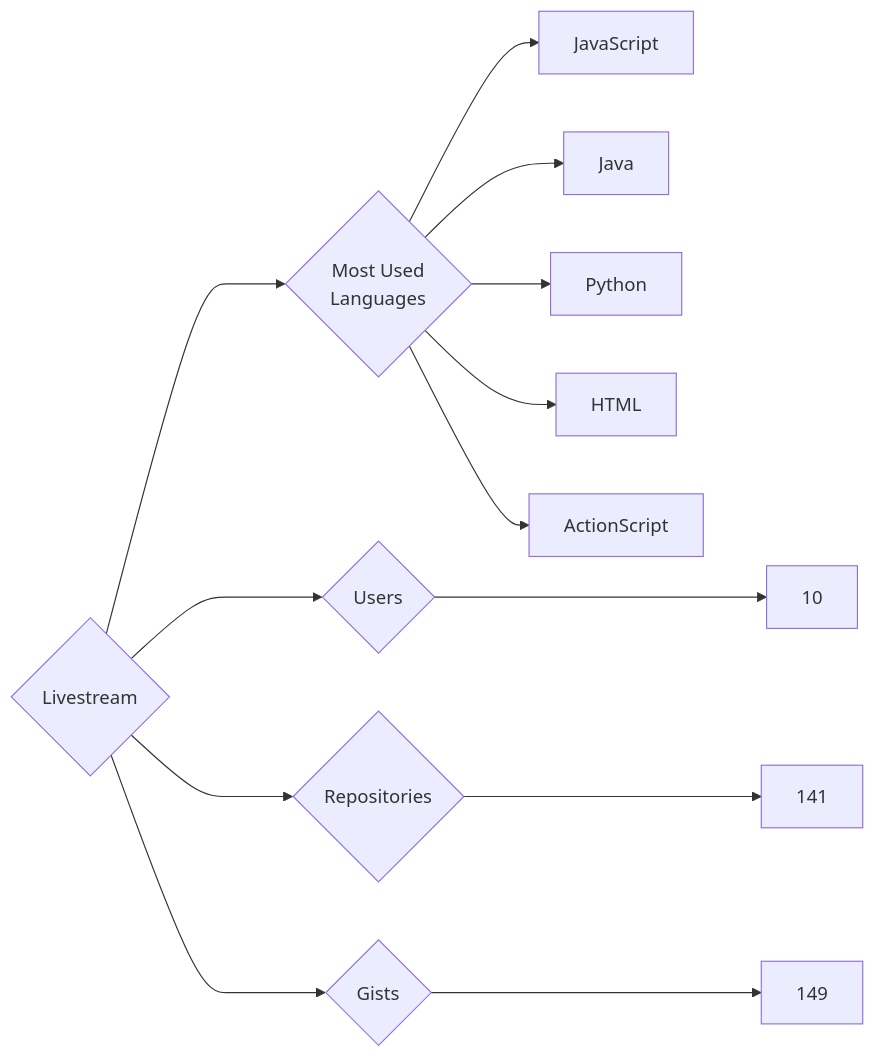
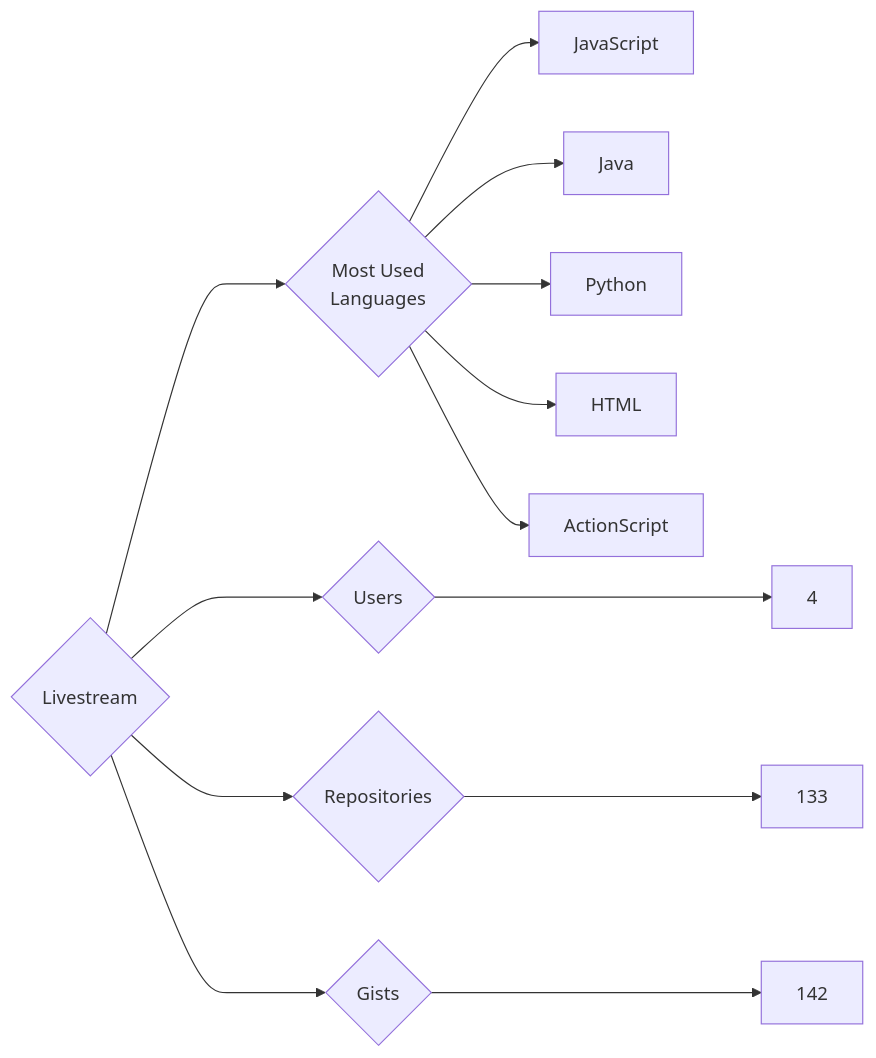
One commit to trickest/insiders changed the diagram in targets/Livestream/README.md. Above: the diagram before and after it, drawn with Mermaid. The commit also changed 629 other files, not shown here.

````diff
--- a/targets/Livestream/README.md
+++ b/targets/Livestream/README.md
@@ -3,13 +3,13 @@
 ```mermaid
 graph LR
 COMPANY_NAME{Livestream}
-COMPANY_NAME ---> U{Users} ---> UN[10]
-COMPANY_NAME ---> R{Repositories} ---> RN[141]
-COMPANY_NAME ---> G{Gists} ---> GN[149]
+COMPANY_NAME ---> U{Users} ---> UN[4]
+COMPANY_NAME ---> R{Repositories} ---> RN[133]
+COMPANY_NAME ---> G{Gists} ---> GN[142]
 COMPANY_NAME ---> ML{Most Used<br>Languages}
 ML --> JavaScript[JavaScript]
 ML --> Java[Java]
 ML --> Python[Python]
 ML --> HTML[HTML]
 ML --> ActionScript[ActionScript]
 ```
````
